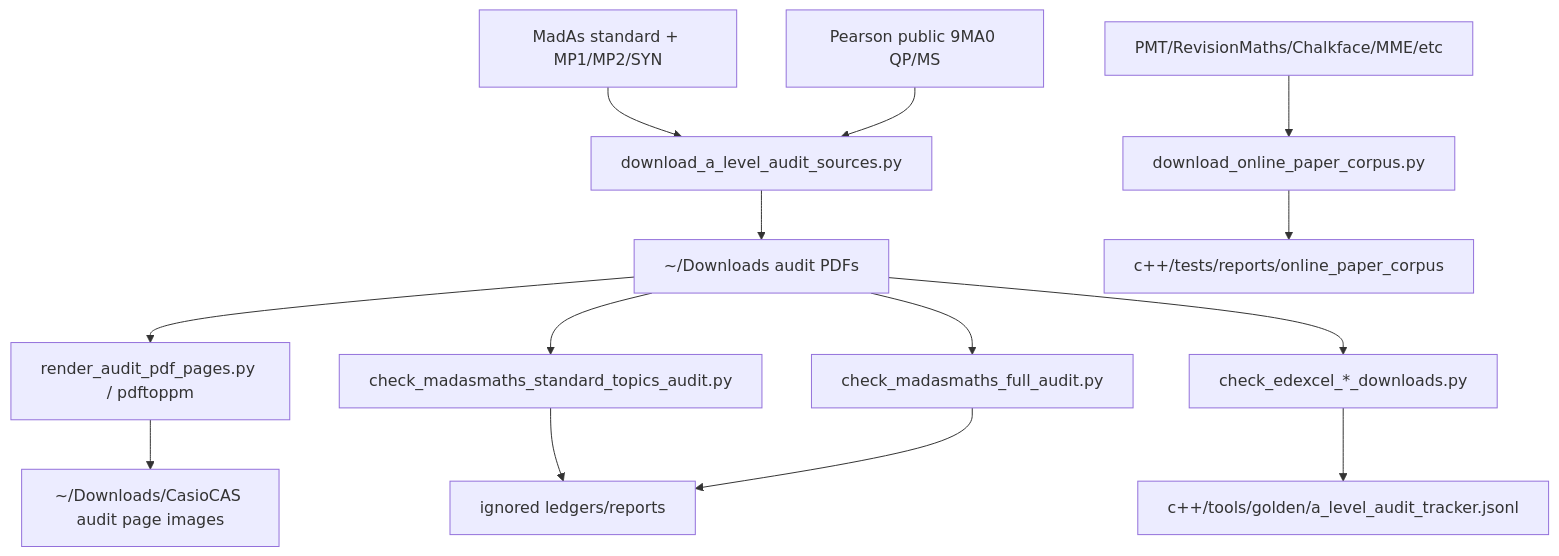
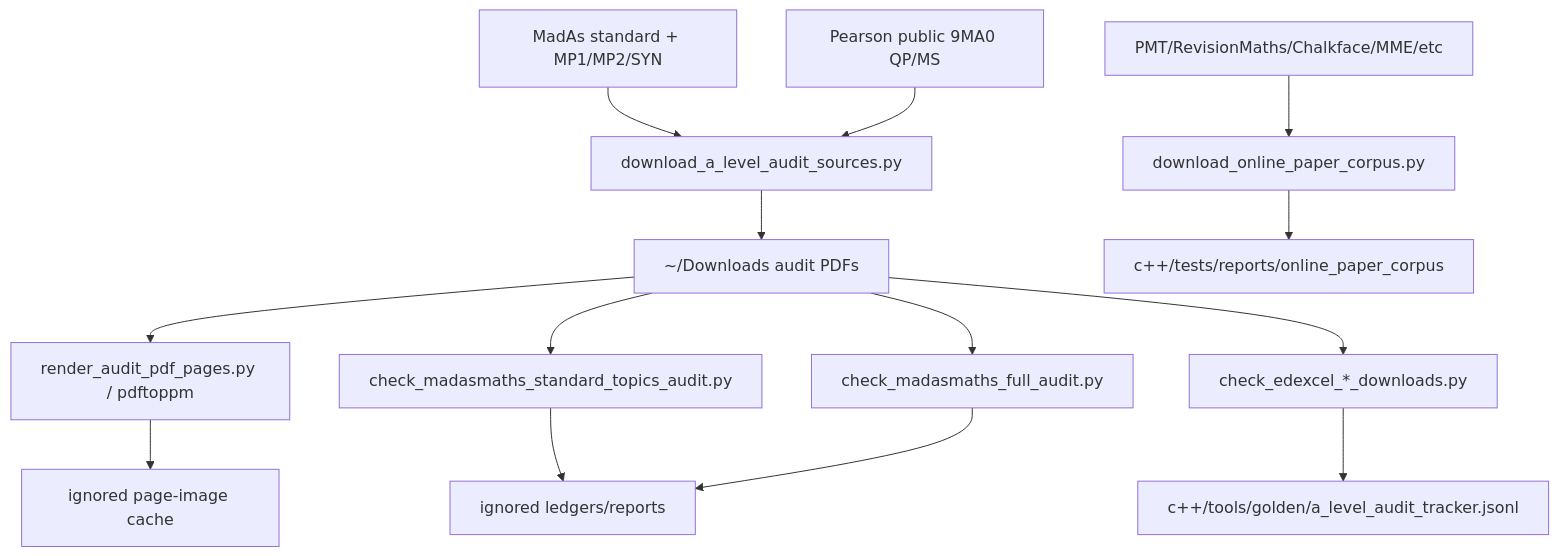
One commit to james8464/notes-addin-casio-fx-cg50 changed the eighth of 10 diagrams in c++/GRAPH.md. Above: the diagram before and after it, drawn with Mermaid. The commit also changed 1 other file, not shown here.

Commit message:
Remove stale audit image paths

````diff
--- a/c++/GRAPH.md
+++ b/c++/GRAPH.md
@@ -181,16 +181,16 @@
 ```mermaid
 graph TD
   Madas["MadAs standard + MP1/MP2/SYN"] --> DL1["download_a_level_audit_sources.py"]
   Pearson["Pearson public 9MA0 QP/MS"] --> DL1
   Online["PMT/RevisionMaths/Chalkface/MME/etc"] --> DL2["download_online_paper_corpus.py"]
   DL1 --> Downloads["~/Downloads audit PDFs"]
   DL2 --> Reports["c++/tests/reports/online_paper_corpus"]
   Downloads --> Render["render_audit_pdf_pages.py / pdftoppm"]
   Downloads --> Std["check_madasmaths_standard_topics_audit.py"]
   Downloads --> MP2["check_madasmaths_full_audit.py"]
   Downloads --> Edexcel["check_edexcel_*_downloads.py"]
-  Render --> Images["~/Downloads/CasioCAS audit page images"]
+  Render --> Images["ignored page-image cache"]
   Std --> Ledger["ignored ledgers/reports"]
   MP2 --> Ledger
   Edexcel --> Tracker["c++/tools/golden/a_level_audit_tracker.jsonl"]
 ```
````
